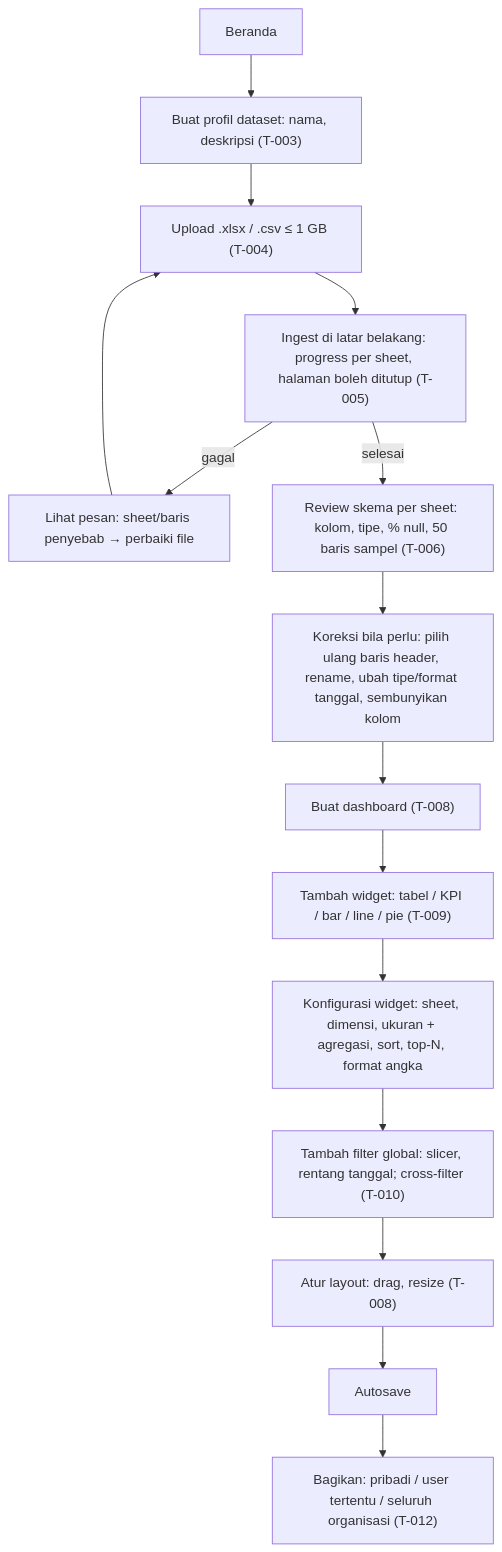
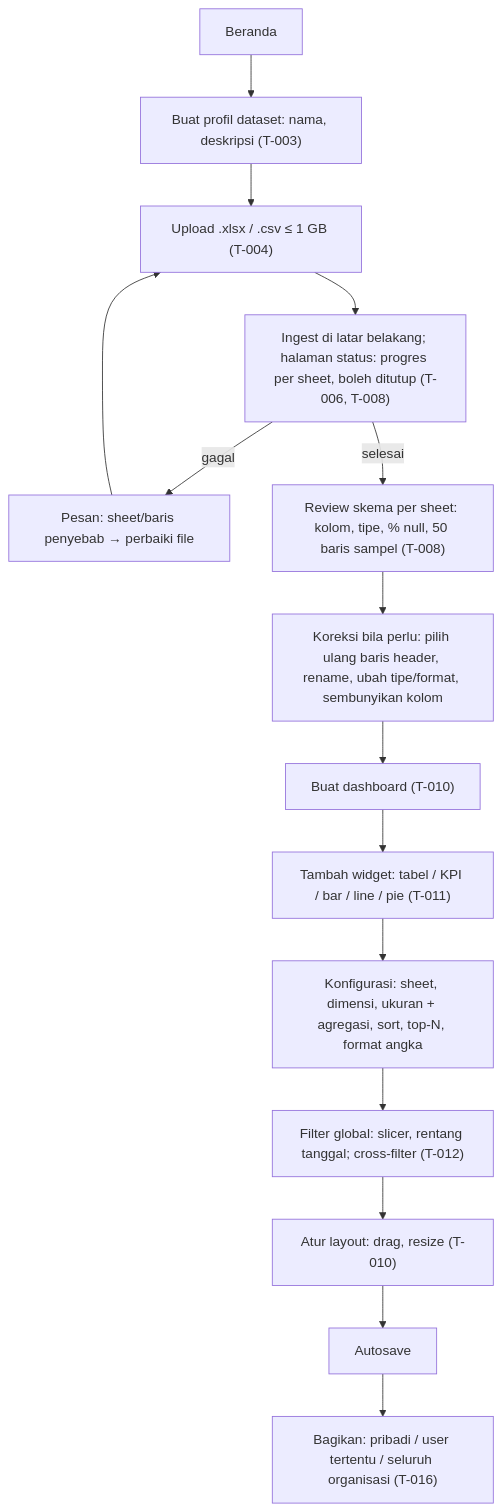
One commit to anas-fikri/data-dashboard changed the second of 9 diagrams in docs/flow-kerja.md. Above: the diagram before and after it, drawn with Mermaid. The commit also changed other lines of this file and 53 other files, not shown here.

First line of the commit message:
docs: revisi 3 flow kerja + 24 task hasil review adversarial

````diff
--- a/docs/flow-kerja.md
+++ b/docs/flow-kerja.md
@@ -36,16 +38,16 @@
 ```mermaid
 flowchart TD
   H["Beranda"] --> P["Buat profil dataset: nama, deskripsi (T-003)"]
   P --> U["Upload .xlsx / .csv ≤ 1 GB (T-004)"]
-  U --> W["Ingest di latar belakang: progress per sheet, halaman boleh ditutup (T-005)"]
-  W -->|gagal| F["Lihat pesan: sheet/baris penyebab → perbaiki file"]
+  U --> W["Ingest di latar belakang; halaman status: progres per sheet, boleh ditutup (T-006, T-008)"]
+  W -->|gagal| F["Pesan: sheet/baris penyebab → perbaiki file"]
   F --> U
-  W -->|selesai| S["Review skema per sheet: kolom, tipe, % null, 50 baris sampel (T-006)"]
-  S --> S2["Koreksi bila perlu: pilih ulang baris header, rename, ubah tipe/format tanggal, sembunyikan kolom"]
-  S2 --> D["Buat dashboard (T-008)"]
-  D --> WG["Tambah widget: tabel / KPI / bar / line / pie (T-009)"]
-  WG --> C["Konfigurasi widget: sheet, dimensi, ukuran + agregasi, sort, top-N, format angka"]
-  C --> FL["Tambah filter global: slicer, rentang tanggal; cross-filter (T-010)"]
-  FL --> LY["Atur layout: drag, resize (T-008)"]
-  LY --> SV["Autosave"] --> SH["Bagikan: pribadi / user tertentu / seluruh organisasi (T-012)"]
+  W -->|selesai| S["Review skema per sheet: kolom, tipe, % null, 50 baris sampel (T-008)"]
+  S --> S2["Koreksi bila perlu: pilih ulang baris header, rename, ubah tipe/format, sembunyikan kolom"]
+  S2 --> D["Buat dashboard (T-010)"]
+  D --> WG["Tambah widget: tabel / KPI / bar / line / pie (T-011)"]
+  WG --> C["Konfigurasi: sheet, dimensi, ukuran + agregasi, sort, top-N, format angka"]
+  C --> FL["Filter global: slicer, rentang tanggal; cross-filter (T-012)"]
+  FL --> LY["Atur layout: drag, resize (T-010)"]
+  LY --> SV["Autosave"] --> SH["Bagikan: pribadi / user tertentu / seluruh organisasi (T-016)"]
 ```
````
